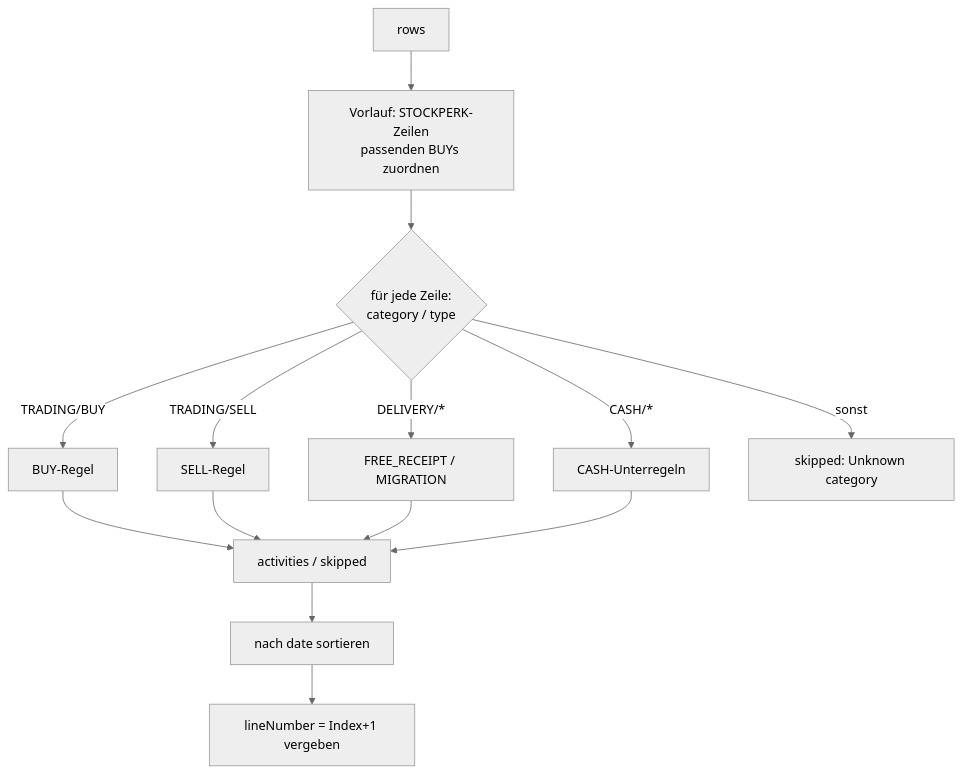
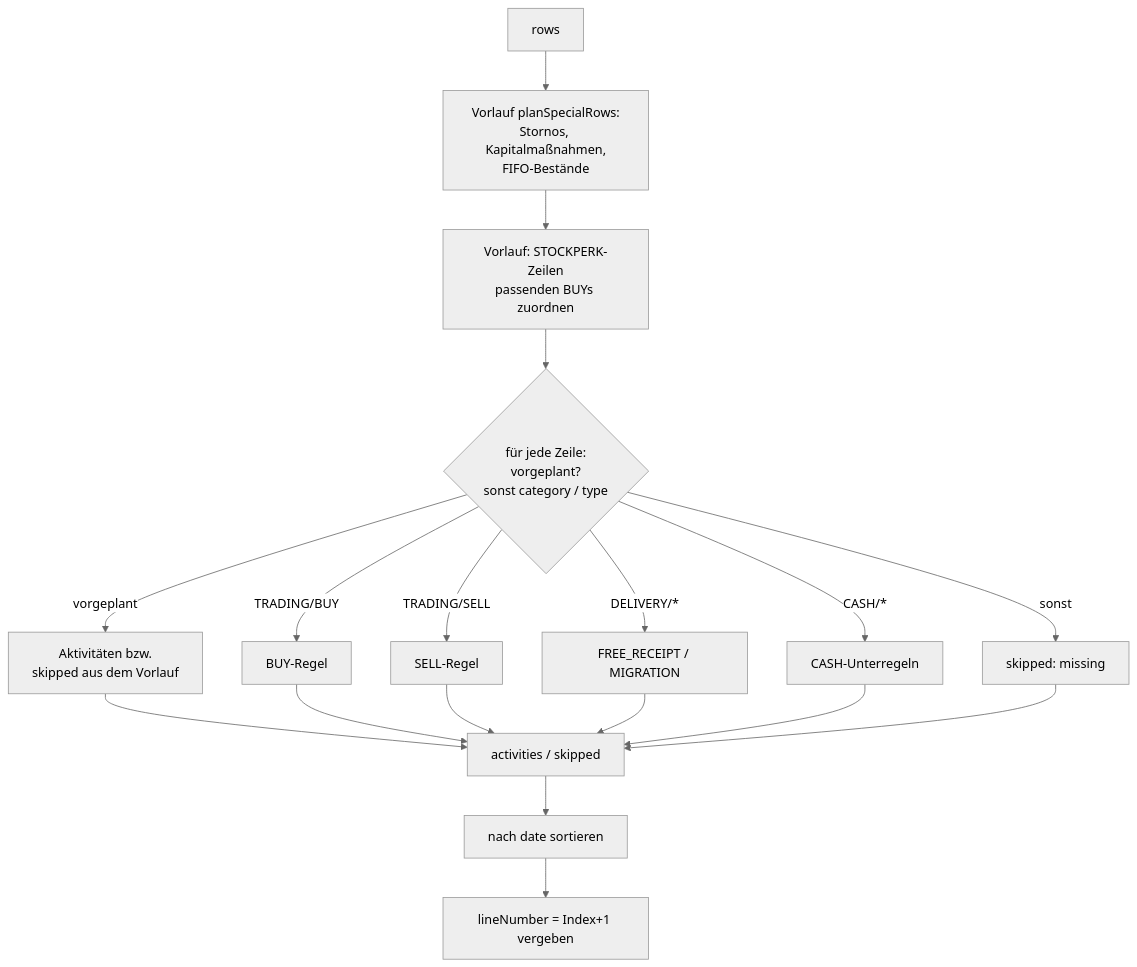
Before and after one commit to waldonso2/wealthfolio-importer-addon: the third of 6 diagrams in docs/ARCHITECTURE.md, drawn with Mermaid (neutral theme). The commit also changed other lines of this file, not shown here.

First line of the commit message:
docs: bring the architecture document up to date with 2.5.0 (#24)

````diff
--- a/docs/ARCHITECTURE.md
+++ b/docs/ARCHITECTURE.md
@@ -248,13 +258,15 @@
 ```mermaid
 flowchart TD
-    A[rows] --> B[Vorlauf: STOCKPERK-Zeilen<br/>passenden BUYs zuordnen]
-    B --> C{für jede Zeile:<br/>category / type}
+    A[rows] --> P[Vorlauf planSpecialRows:<br/>Stornos, Kapitalmaßnahmen,<br/>FIFO-Bestände]
+    P --> B[Vorlauf: STOCKPERK-Zeilen<br/>passenden BUYs zuordnen]
+    B --> C{für jede Zeile:<br/>vorgeplant?<br/>sonst category / type}
+    C -->|vorgeplant| V[Aktivitäten bzw.<br/>skipped aus dem Vorlauf]
     C -->|TRADING/BUY| D[BUY-Regel]
     C -->|TRADING/SELL| E[SELL-Regel]
     C -->|DELIVERY/*| F[FREE_RECEIPT / MIGRATION]
     C -->|CASH/*| G[CASH-Unterregeln]
-    C -->|sonst| H[skipped: Unknown category]
-    D & E & F & G --> I[activities / skipped]
+    C -->|sonst| H[skipped: missing]
+    V & D & E & F & G & H --> I[activities / skipped]
     I --> J[nach date sortieren]
     J --> K[lineNumber = Index+1 vergeben]
 ```
````
